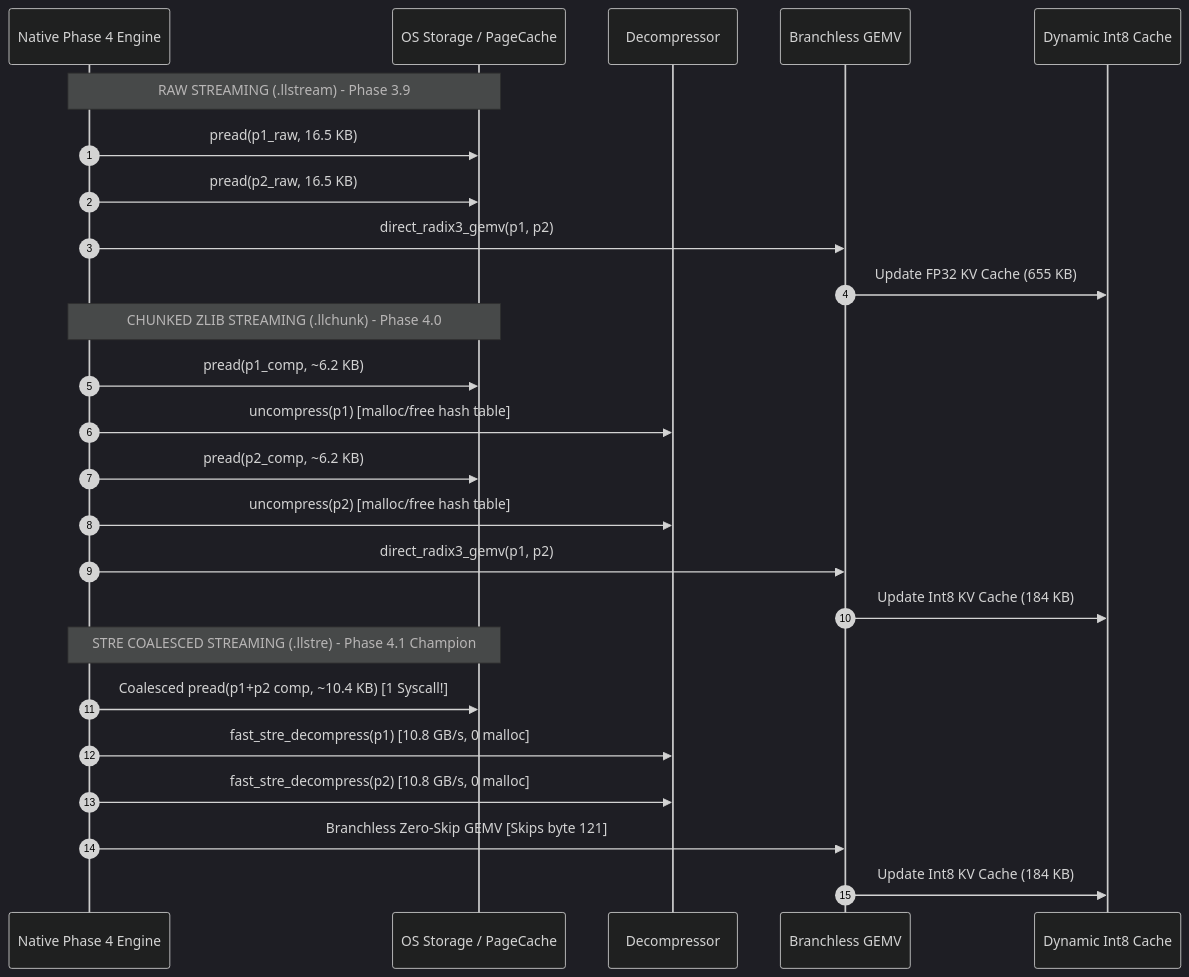
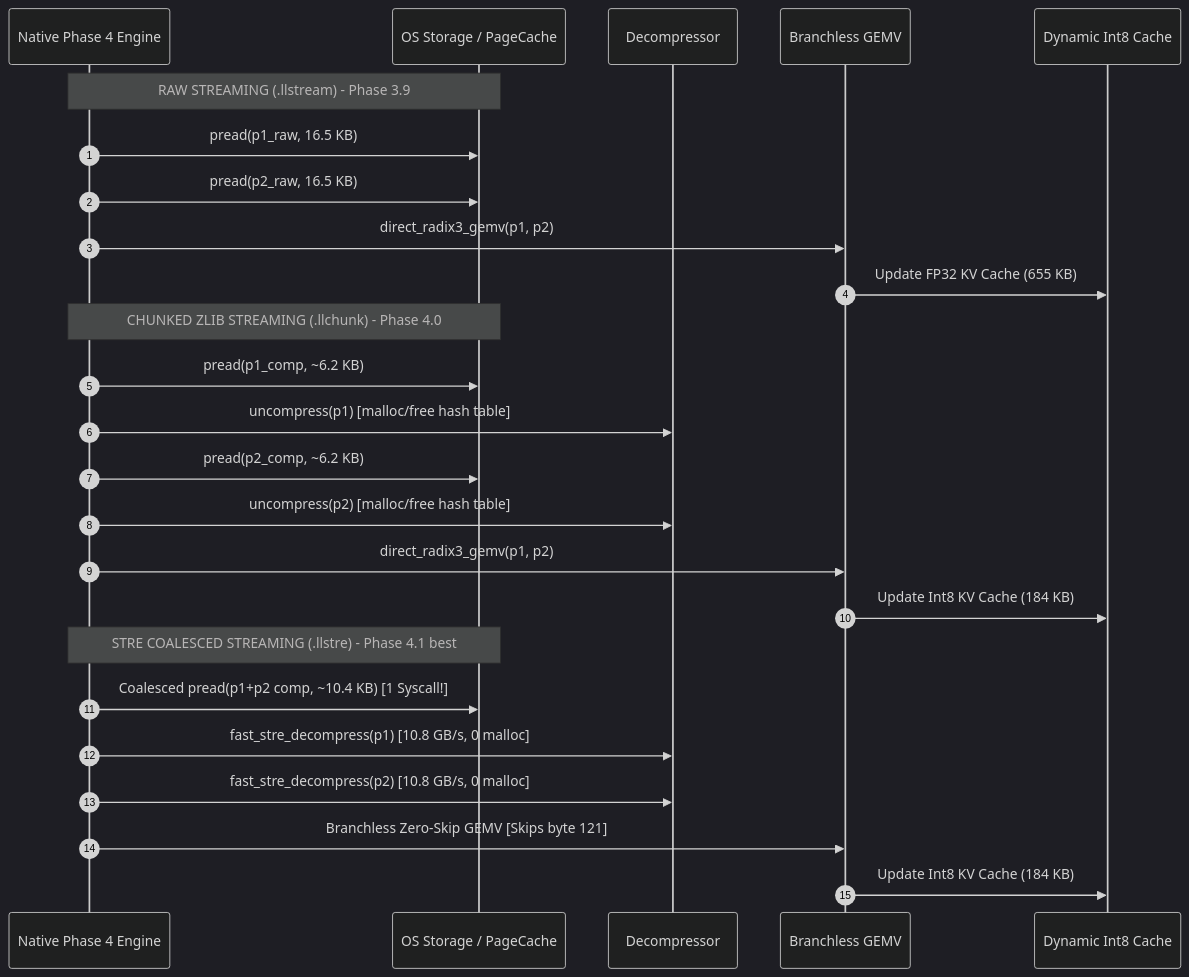
One commit to sunny-kavixo/LittleLess-AI changed the second of 3 diagrams in README.md. Above: the diagram before and after it, drawn with Mermaid (dark theme). The commit also changed other lines of this file, not shown here.

````diff
--- a/README.md
+++ b/README.md
@@ -124,30 +124,30 @@
 ```mermaid
 sequenceDiagram
     autonumber
     participant Engine as Native Phase 4 Engine
     participant Disk as OS Storage / PageCache
     participant Decomp as Decompressor
     participant Kernel as Branchless GEMV
     participant KV as Dynamic Int8 Cache
 
     Note over Engine, Disk: RAW STREAMING (.llstream) - Phase 3.9
     Engine->>Disk: pread(p1_raw, 16.5 KB)
     Engine->>Disk: pread(p2_raw, 16.5 KB)
     Engine->>Kernel: direct_radix3_gemv(p1, p2)
     Kernel->>KV: Update FP32 KV Cache (655 KB)
 
     Note over Engine, Disk: CHUNKED ZLIB STREAMING (.llchunk) - Phase 4.0
     Engine->>Disk: pread(p1_comp, ~6.2 KB)
     Engine->>Decomp: uncompress(p1) [malloc/free hash table]
     Engine->>Disk: pread(p2_comp, ~6.2 KB)
     Engine->>Decomp: uncompress(p2) [malloc/free hash table]
     Engine->>Kernel: direct_radix3_gemv(p1, p2)
     Kernel->>KV: Update Int8 KV Cache (184 KB)
 
-    Note over Engine, Disk: STRE COALESCED STREAMING (.llstre) - Phase 4.1 Champion
+    Note over Engine, Disk: STRE COALESCED STREAMING (.llstre) - Phase 4.1 best
     Engine->>Disk: Coalesced pread(p1+p2 comp, ~10.4 KB) [1 Syscall!]
     Engine->>Decomp: fast_stre_decompress(p1) [10.8 GB/s, 0 malloc]
     Engine->>Decomp: fast_stre_decompress(p2) [10.8 GB/s, 0 malloc]
     Engine->>Kernel: Branchless Zero-Skip GEMV [Skips byte 121]
     Kernel->>KV: Update Int8 KV Cache (184 KB)
 ```
````
